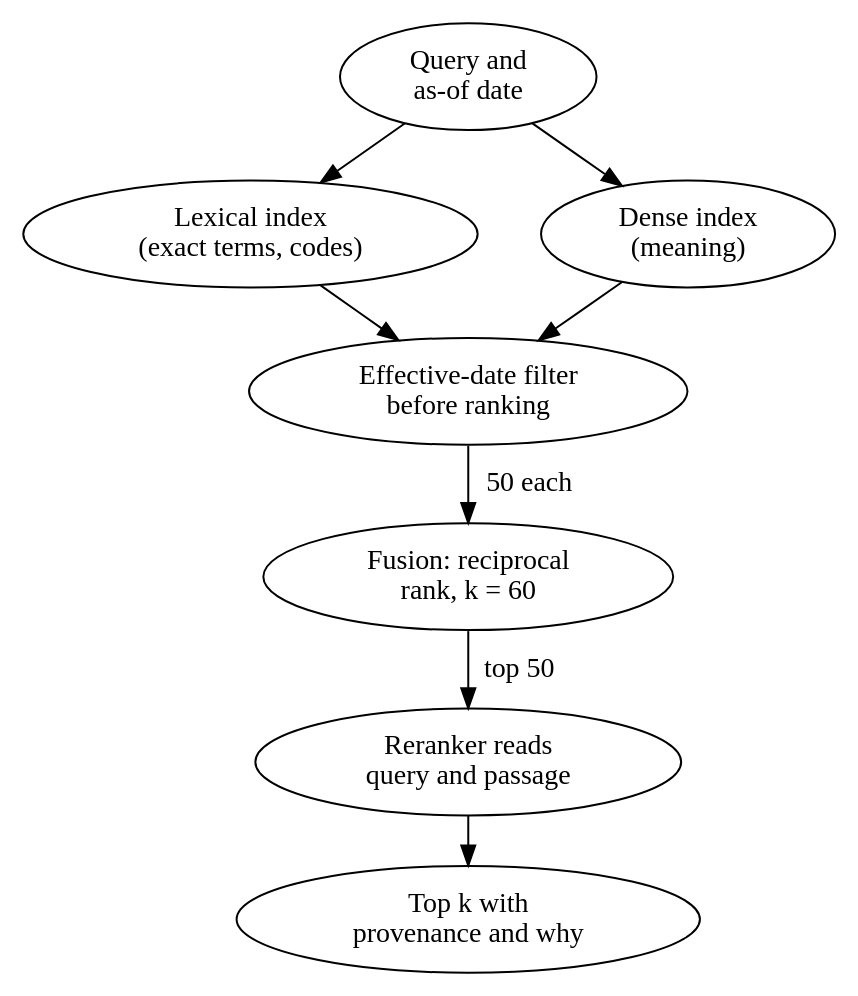
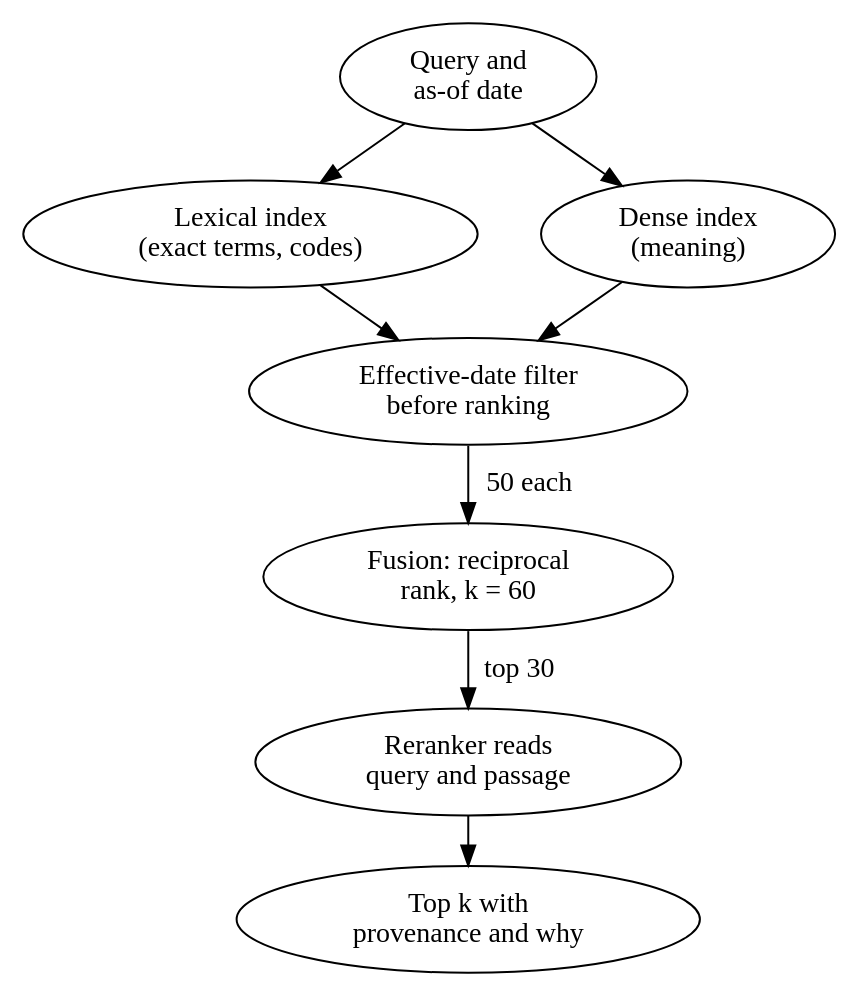
One commit to rajesh1008/system-design-book changed the diagram in figures/src/ch19/fig-19-2.dot. Above: the diagram before and after it, drawn with Graphviz. The commit also changed 93 other files, not shown here.

```diff
--- a/figures/src/ch19/fig-19-2.dot
+++ b/figures/src/ch19/fig-19-2.dot
@@ -1,24 +1,24 @@
 // Figure 19.2  Hybrid search and reranking
 // Reading order: top to bottom. One query goes to a lexical index and a
 // dense index at once. Pages not in effect on the as-of date are removed
 // before ranking. Reciprocal rank fusion merges the two lists, and a
-// reranker reads the top fifty with the query and orders them. The top
+// reranker reads the top thirty with the query and orders them. The top
 // k leave with the reason each one ranked where it did.
 digraph hybrid {
 #include "book.gv"
   rankdir=TB; nodesep=0.45; ranksep=0.32;
   q   [label="Query and\nas-of date", class="ops"];
   lex [label="Lexical index\n(exact terms, codes)", class="knowledge"];
   den [label="Dense index\n(meaning)", class="knowledge"];
   flt [label="Effective-date filter\nbefore ranking", class="knowledge gate"];
   rrf [label="Fusion: reciprocal\nrank, k = 60", class="knowledge"];
   rr  [label="Reranker reads\nquery and passage", class="model"];
   top [label="Top k with\nprovenance and why", class="knowledge"];
   q -> lex [class="data"];
   q -> den [class="data"];
   lex -> flt [class="data"];
   den -> flt [class="data"];
   flt -> rrf [class="emphasis", label=" 50 each"];
-  rrf -> rr [class="emphasis", label=" top 50"];
+  rrf -> rr [class="emphasis", label=" top 30"];
   rr -> top [class="emphasis"];
 }
```
